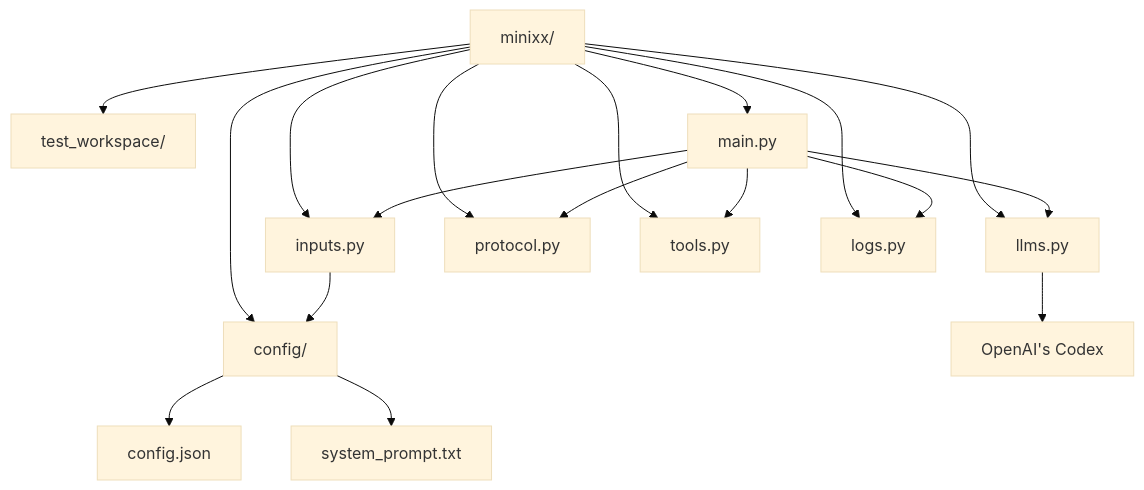
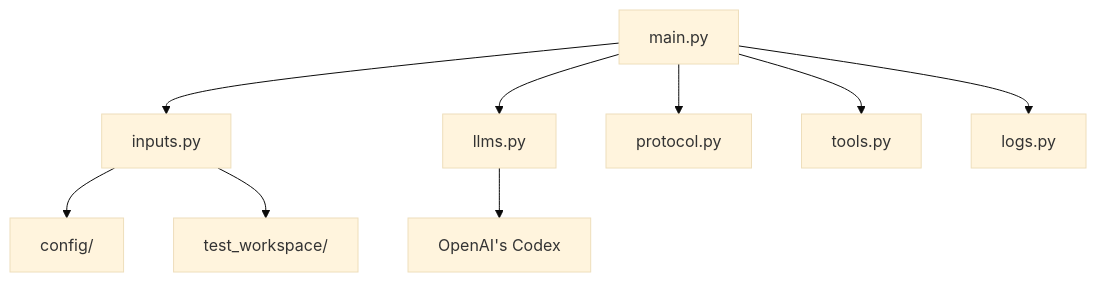
The second of 2 diagrams in README.md (mtov/minixx), drawn with Mermaid (base theme) before and after one commit.

Commit message:
docs: simplify architecture diagram in README

````diff
--- a/README.md
+++ b/README.md
@@ -62,22 +62,21 @@
 ```mermaid
 flowchart TD
-    A["minixx/"] --> B["config/"]
-    A --> C["test_workspace/"]
-    A --> D["main.py"]
-    A --> E["inputs.py"]
-    A --> F["llms.py"]
-    A --> G["protocol.py"]
-    A --> H["tools.py"]
-    A --> I["logs.py"]
+    A["main.py"]
+    B["inputs.py"]
+    C["llms.py"]
+    D["protocol.py"]
+    E["tools.py"]
+    F["logs.py"]
+    G["config/"]
+    H["test_workspace/"]
+    I["OpenAI's Codex"]
 
-    B --> B1["config.json"]
-    B --> B2["system_prompt.txt"]
-
-    D --> E
-    D --> F
-    D --> G
-    D --> H
-    D --> I
-    E --> B
-    F --> J["OpenAI's Codex"]
+    A --> B
+    A --> C
+    A --> D
+    A --> E
+    A --> F
+    B --> G
+    B --> H
+    C --> I
 ```
````
